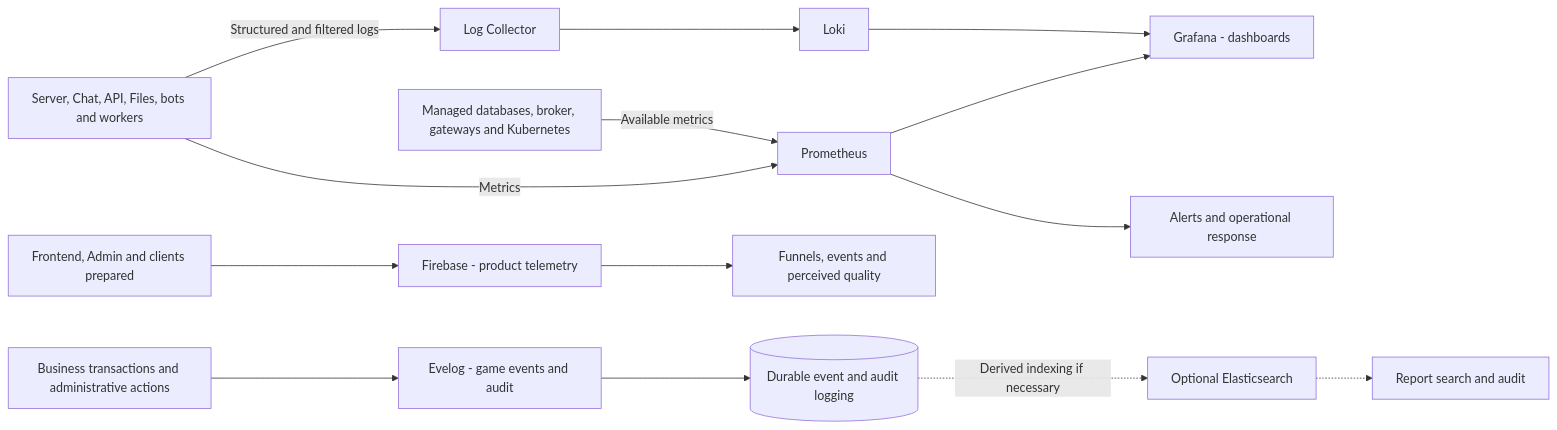
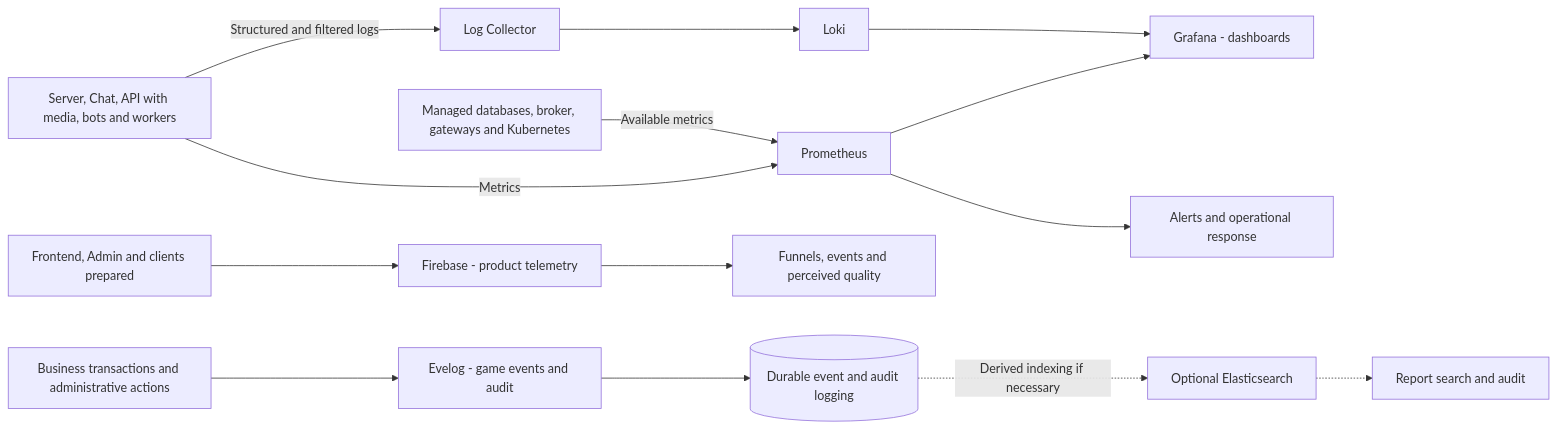
Before and after one commit to ReeseArch64/opencok: the eighth of 14 diagrams in .github/ARCHITECTURE.md, drawn with Mermaid. The commit also changed other lines of this file, not shown here.

Commit message:
docs(docs): keep combat in realms and define TypeScript bots

````diff
--- a/.github/ARCHITECTURE.md
+++ b/.github/ARCHITECTURE.md
@@ -1442,16 +1439,16 @@
 ```mermaid
 flowchart LR
-  apps[Server, Chat, API, Files, bots and workers] -->|Metrics| prom[Prometheus]
+  apps[Server, Chat, API with media, bots and workers] -->|Metrics| prom[Prometheus]
   apps -->|Structured and filtered logs| collector[Log Collector]
   collector --> loki[Loki]
   infra[Managed databases, broker, gateways and Kubernetes] -->|Available metrics| prom
   clients[Frontend, Admin and clients prepared] --> firebase[Firebase - product telemetry]
   firebase --> product[Funnels, events and perceived quality]
   prom --> grafana[Grafana - dashboards]
   loki --> grafana
   prom --> alerts[Alerts and operational response]
   transaction[Business transactions and administrative actions] --> eventlog[Evelog - game events and audit]
   eventlog --> audit[(Durable event and audit logging)]
   audit -.->|Derived indexing if necessary| elastic[Optional Elasticsearch]
   elastic -.-> search[Report search and audit]
 ```
````
